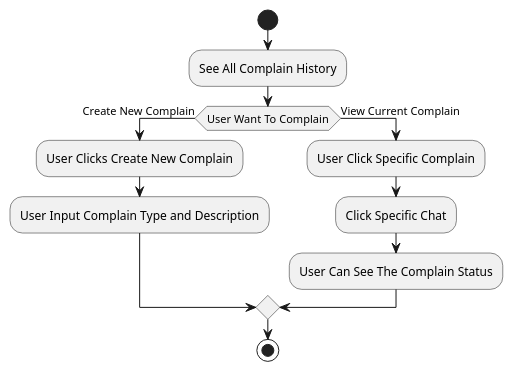
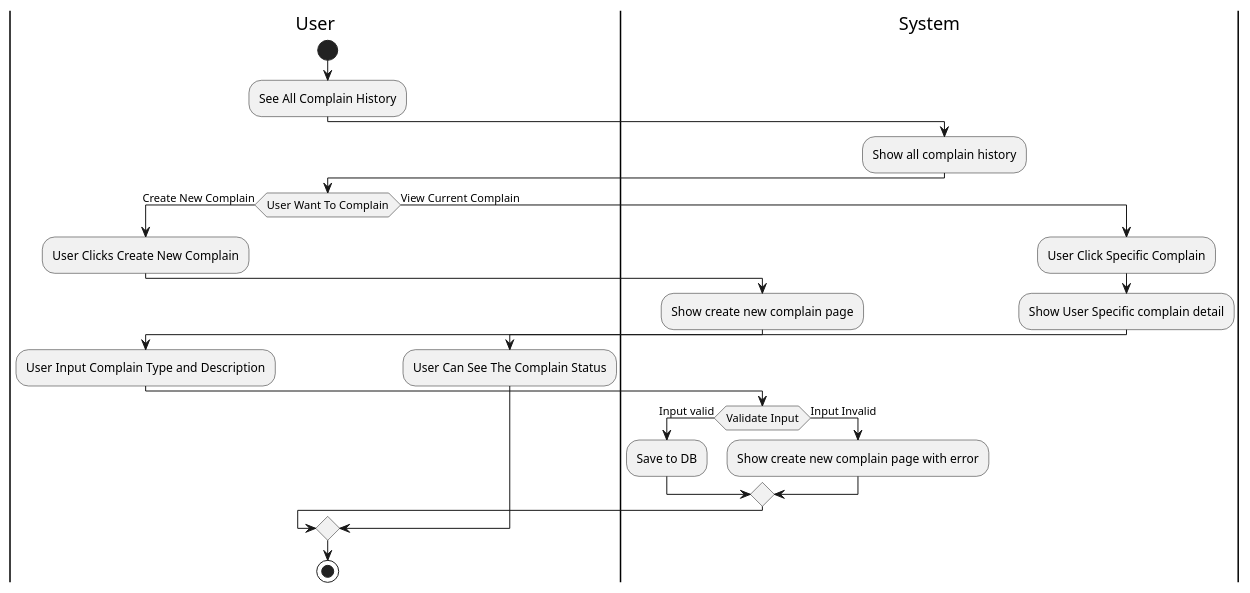
One commit to AntWort21/BHFMS changed the diagram in Design/BHFMS_ACTIVITY/Complain.puml. Above: the diagram before and after it, drawn with PlantUML. The commit also changed 8 other files, not shown here.

Commit message:
updated activity based on new use case diagram

```diff
--- a/Design/BHFMS_ACTIVITY/Complain.puml
+++ b/Design/BHFMS_ACTIVITY/Complain.puml
@@ -1,17 +1,31 @@
 @startuml
 |User|
 start
-    :See All Complain History;
+:See All Complain History;
 
-    If (User Want To Complain) then (Create New Complain)
+|System|
+:Show all complain history;
+
+|User|
+If (User Want To Complain) then (Create New Complain)
         :User Clicks Create New Complain;
+        |System|
+        :Show create new complain page;
+        |User|
         :User Input Complain Type and Description;
-
-    else (View Current Complain)
+        |System|
+        if (Validate Input) then (Input valid)
+          :Save to DB;
+        else (Input Invalid)
+          :Show create new complain page with error;
+        endif
+else (View Current Complain)
         :User Click Specific Complain;
-        :Click Specific Chat;
+        |System|
+        :Show User Specific complain detail;
+        |User|
         :User Can See The Complain Status;
         
-    endif
+endif
 stop
 @enduml
```
